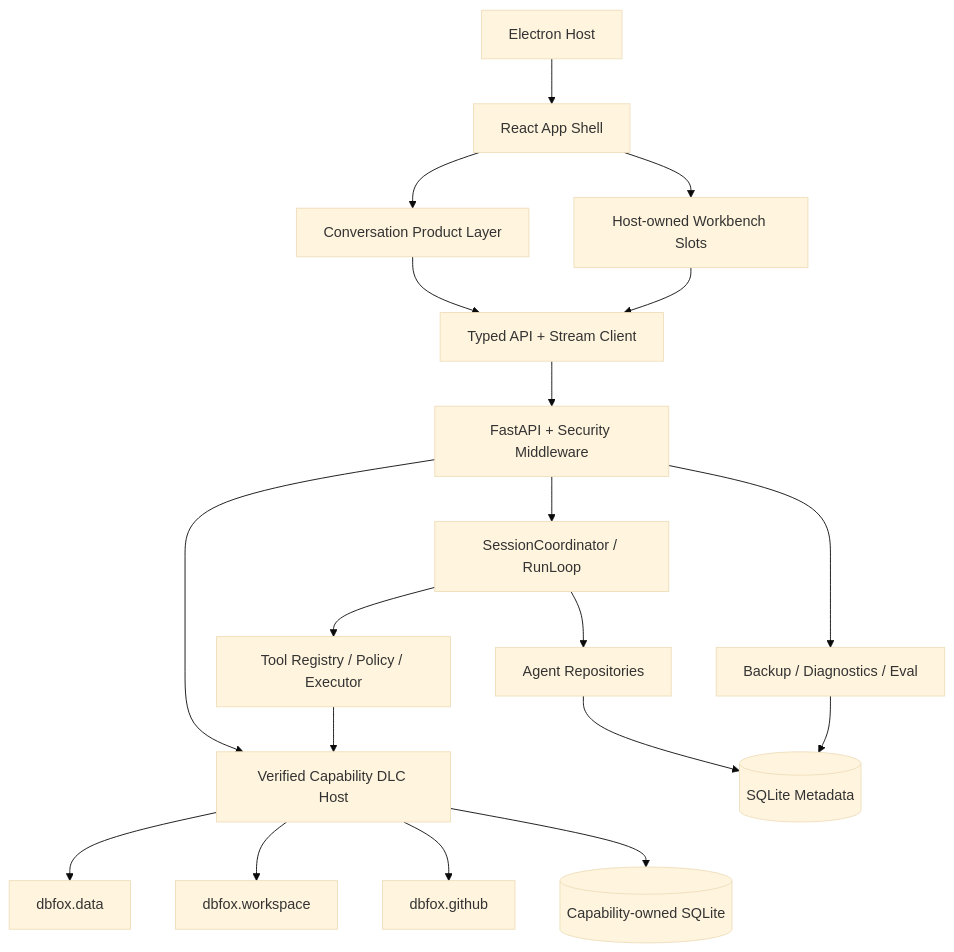
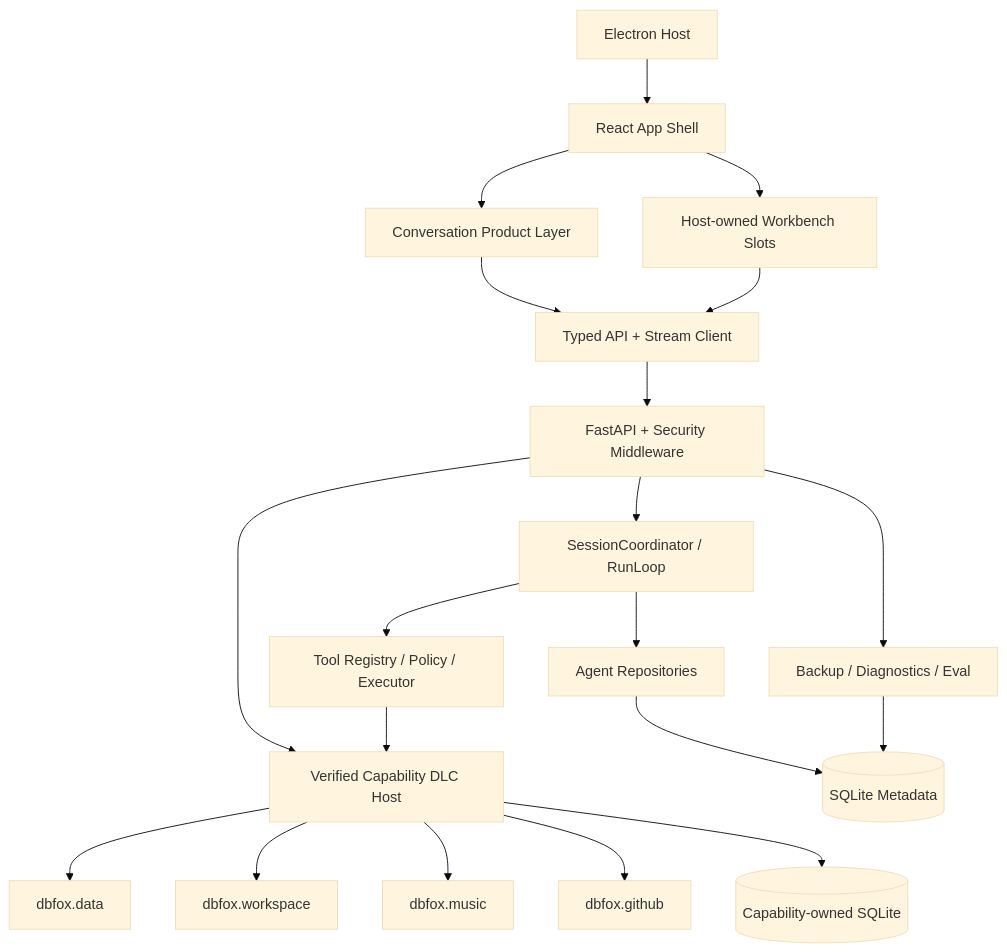
One commit to trrueee/DBFox changed the first of 5 diagrams in docs/architecture/implementation-map.md. Above: the diagram before and after it, drawn with Mermaid (base theme). The commit also changed other lines of this file and 129 other files, not shown here.

````diff
--- a/docs/architecture/implementation-map.md
+++ b/docs/architecture/implementation-map.md
@@ -28,23 +28,24 @@
 ```mermaid
 flowchart TB
     HOST["Electron Host"] --> UI["React App Shell"]
     UI --> CONV["Conversation Product Layer"]
     UI --> WORK["Host-owned Workbench Slots"]
     CONV --> CLIENT["Typed API + Stream Client"]
     WORK --> CLIENT
     CLIENT --> API["FastAPI + Security Middleware"]
 
     API --> DLC["Verified Capability DLC Host"]
     API --> AGENT["SessionCoordinator / RunLoop"]
     API --> OPS["Backup / Diagnostics / Eval"]
 
     AGENT --> TOOL["Tool Registry / Policy / Executor"]
     AGENT --> REPO["Agent Repositories"]
     DLC --> DATA["dbfox.data"]
     DLC --> WORKSPACE["dbfox.workspace"]
+    DLC --> MUSIC["dbfox.music"]
     DLC --> GITHUB["dbfox.github"]
     TOOL --> DLC
     REPO --> META[("SQLite Metadata")]
     DLC --> DLCSTATE[("Capability-owned SQLite")]
     OPS --> META
 ```
````
